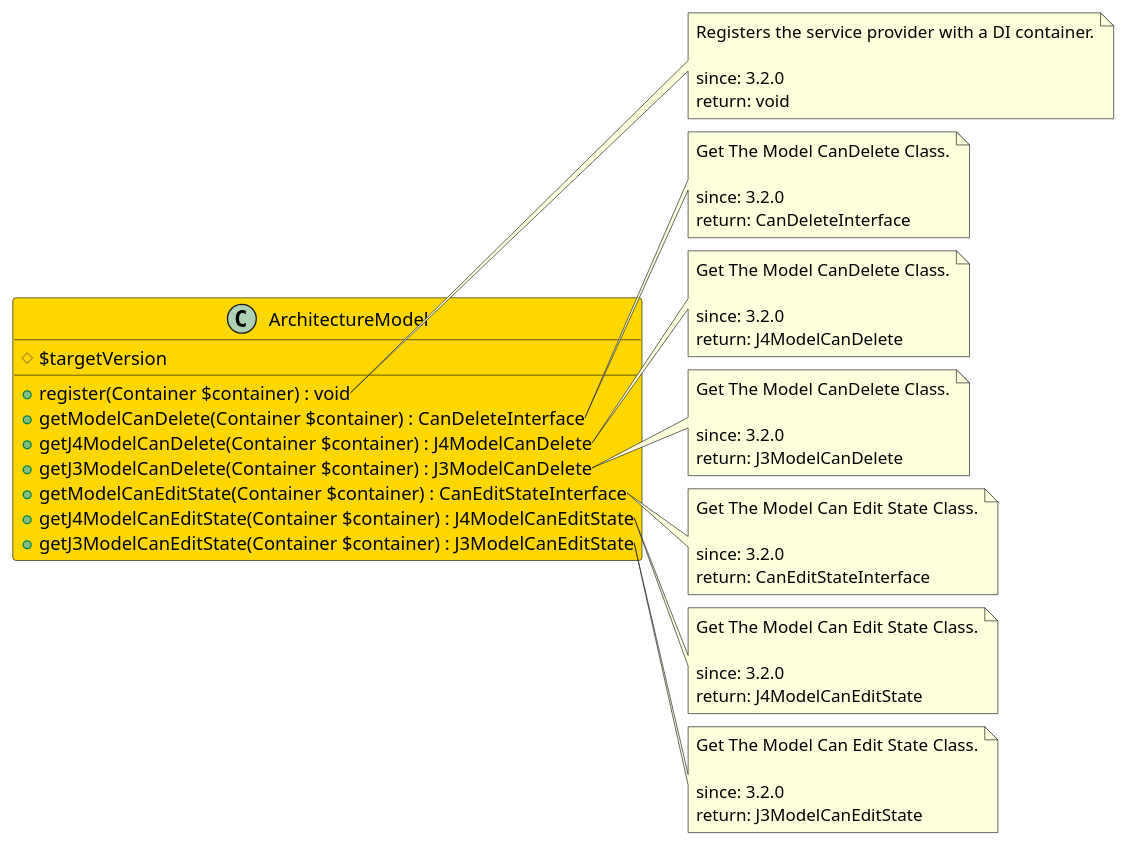
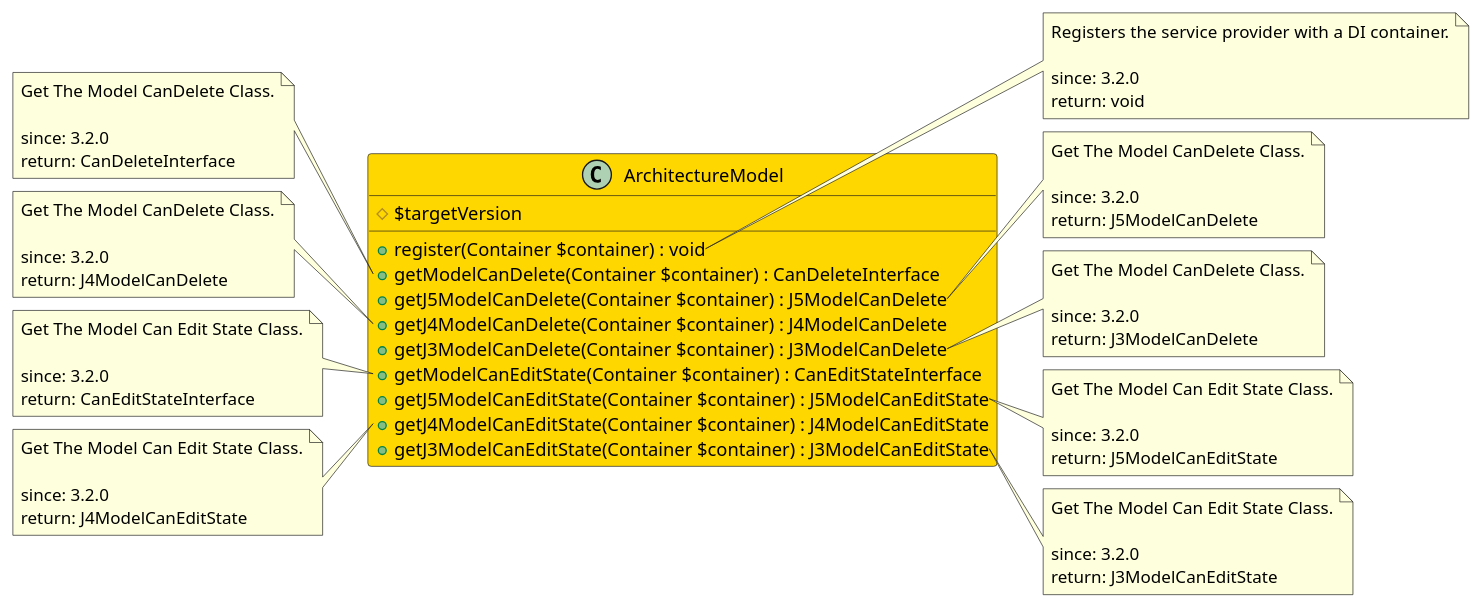
Before and after one commit to joomengine/jcb-compiler: the diagram in src/bbd36fbf-d905-47e8-8e67-9ea6ec734712/README.md, drawn with PlantUML. The commit also changed 232 other files, not shown here.

````diff
--- a/src/bbd36fbf-d905-47e8-8e67-9ea6ec734712/README.md
+++ b/src/bbd36fbf-d905-47e8-8e67-9ea6ec734712/README.md
@@ -11,64 +11,80 @@
 ```uml
 @startuml
 class ArchitectureModel  #Gold {
   # $targetVersion
   + register(Container $container) : void
   + getModelCanDelete(Container $container) : CanDeleteInterface
+  + getJ5ModelCanDelete(Container $container) : J5ModelCanDelete
   + getJ4ModelCanDelete(Container $container) : J4ModelCanDelete
   + getJ3ModelCanDelete(Container $container) : J3ModelCanDelete
   + getModelCanEditState(Container $container) : CanEditStateInterface
+  + getJ5ModelCanEditState(Container $container) : J5ModelCanEditState
   + getJ4ModelCanEditState(Container $container) : J4ModelCanEditState
   + getJ3ModelCanEditState(Container $container) : J3ModelCanEditState
 }
 
 note right of ArchitectureModel::register
   Registers the service provider with a DI container.
 
   since: 3.2.0
   return: void
 end note
 
-note right of ArchitectureModel::getModelCanDelete
+note left of ArchitectureModel::getModelCanDelete
   Get The Model CanDelete Class.
 
   since: 3.2.0
   return: CanDeleteInterface
 end note
 
-note right of ArchitectureModel::getJ4ModelCanDelete
+note right of ArchitectureModel::getJ5ModelCanDelete
+  Get The Model CanDelete Class.
+
+  since: 3.2.0
+  return: J5ModelCanDelete
+end note
+
+note left of ArchitectureModel::getJ4ModelCanDelete
   Get The Model CanDelete Class.
 
   since: 3.2.0
   return: J4ModelCanDelete
 end note
 
 note right of ArchitectureModel::getJ3ModelCanDelete
   Get The Model CanDelete Class.
 
   since: 3.2.0
   return: J3ModelCanDelete
 end note
 
-note right of ArchitectureModel::getModelCanEditState
+note left of ArchitectureModel::getModelCanEditState
   Get The Model Can Edit State Class.
 
   since: 3.2.0
   return: CanEditStateInterface
 end note
 
-note right of ArchitectureModel::getJ4ModelCanEditState
+note right of ArchitectureModel::getJ5ModelCanEditState
+  Get The Model Can Edit State Class.
+
+  since: 3.2.0
+  return: J5ModelCanEditState
+end note
+
+note left of ArchitectureModel::getJ4ModelCanEditState
   Get The Model Can Edit State Class.
 
   since: 3.2.0
   return: J4ModelCanEditState
 end note
 
 note right of ArchitectureModel::getJ3ModelCanEditState
   Get The Model Can Edit State Class.
 
   since: 3.2.0
   return: J3ModelCanEditState
 end note
  
 @enduml
 ```
````
